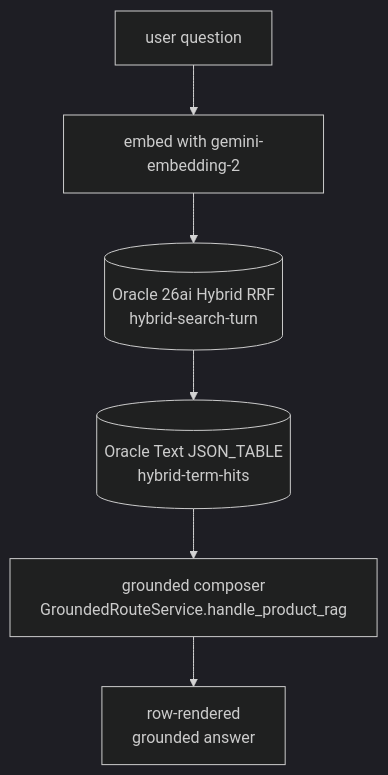
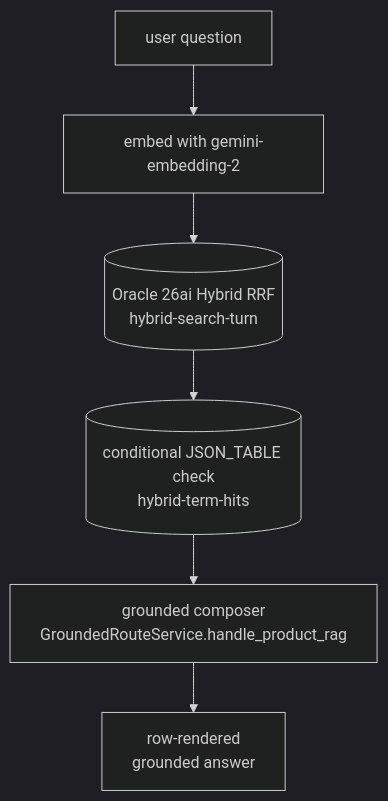
The diagram in docs/concepts/rag.md (cofin/oracledb-vertexai-demo), drawn with Mermaid (dark theme) before and after one commit. The commit also changed other lines of this file and 107 other files, not shown here.

````diff
--- a/docs/concepts/rag.md
+++ b/docs/concepts/rag.md
@@ -11,8 +12,8 @@
 ```{mermaid}
 flowchart TD
     Q[user question] --> E[embed with gemini-embedding-2]
     E --> R[(Oracle 26ai Hybrid RRF<br/>hybrid-search-turn)]
-    R --> T[(Oracle Text JSON_TABLE<br/>hybrid-term-hits)]
+    R --> T[(conditional JSON_TABLE check<br/>hybrid-term-hits)]
     T --> G[grounded composer<br/>GroundedRouteService.handle_product_rag]
     G --> A[row-rendered<br/>grounded answer]
 ```
````
